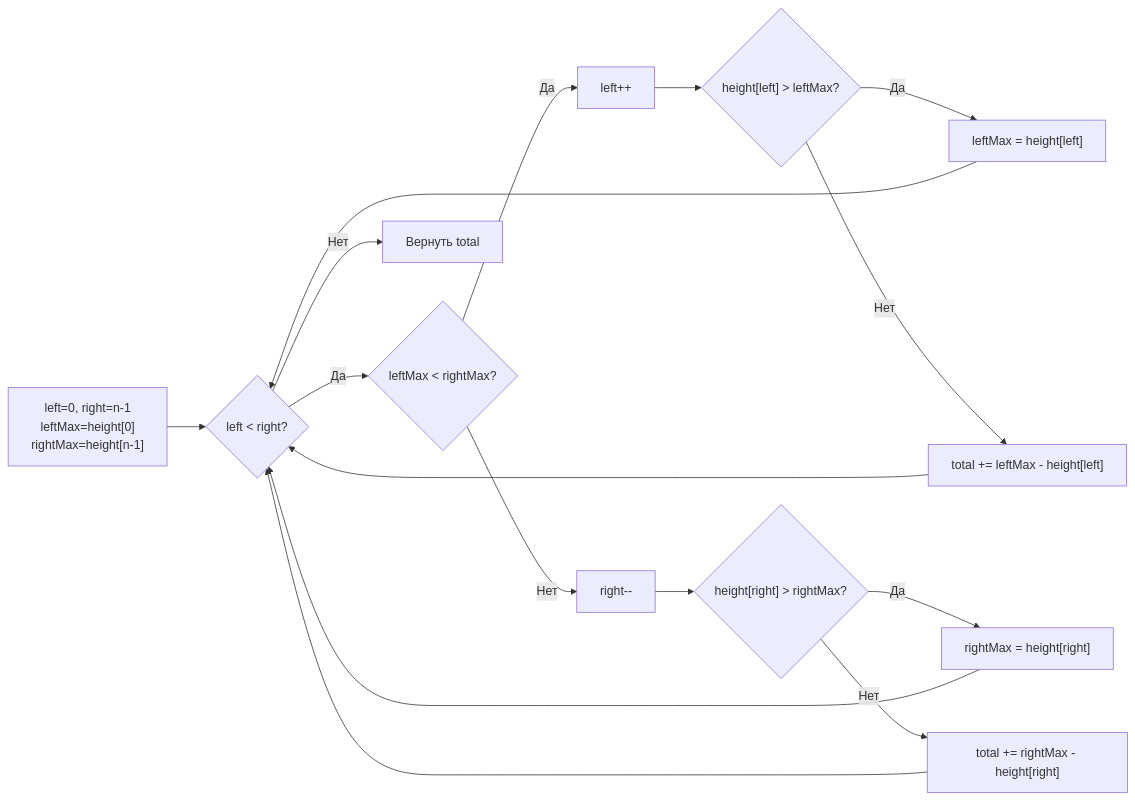
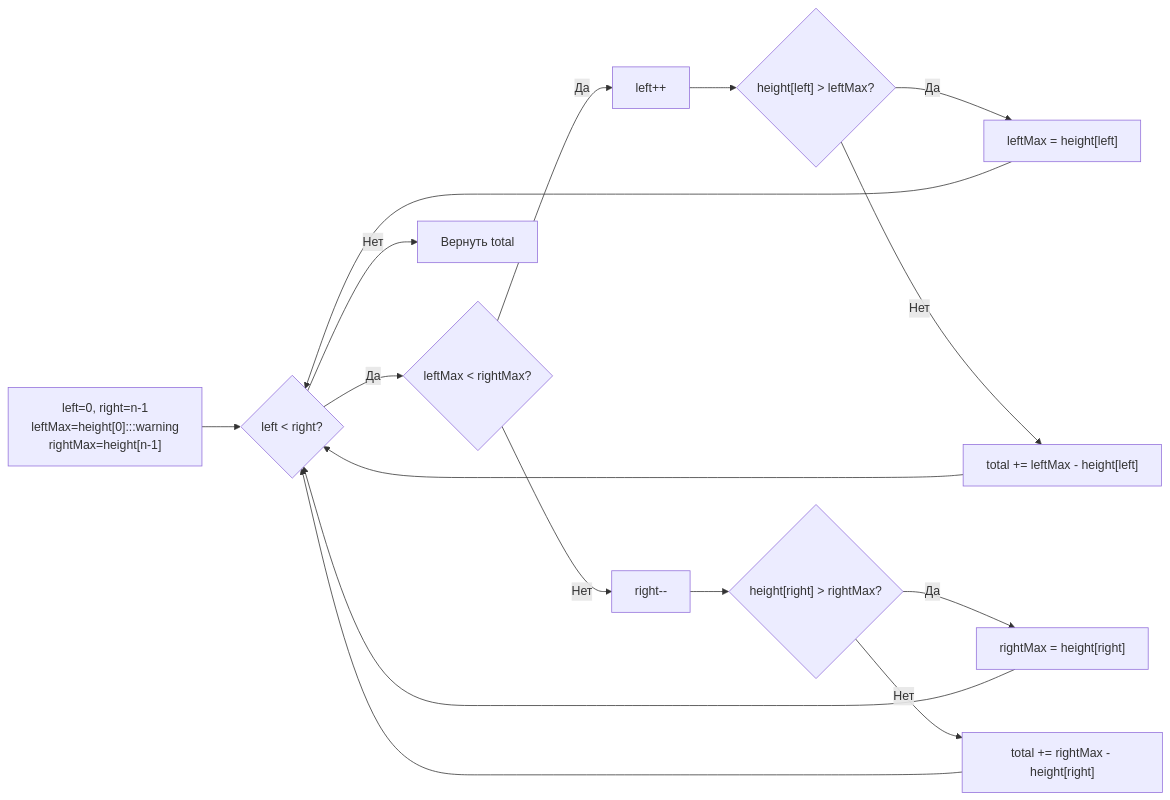
One commit to UnrealTemplier/go-textbook changed the diagram in sources/21. Задачи с LeetCode и собеседований на Go/02. Задачи/29. Сложные задачи/3. Trapping Rain Water.md. Above: the diagram before and after it, drawn with Mermaid. The commit also changed 1666 other files, not shown here.

First line of the commit message:
feat(mermaid): add semantic color classDef to 1369 colorless flowchart/graph diagrams

````diff
--- a/sources/21. Задачи с LeetCode и собеседований на Go/02. Задачи/29. Сложные задачи/3. Trapping Rain Water.md
+++ b/sources/21. Задачи с LeetCode и собеседований на Go/02. Задачи/29. Сложные задачи/3. Trapping Rain Water.md
@@ -126,18 +126,28 @@
 ```mermaid
 flowchart LR
-    A["left=0, right=n-1<br>leftMax=height[0]<br>rightMax=height[n-1]"] --> B{"left < right?"}
+    classDef process  fill:#1e293b,stroke:#38bdf8,stroke-width:1px,color:#f8fafc
+    classDef success  fill:#064e3b,stroke:#34d399,stroke-width:1px,color:#f8fafc
+    classDef error    fill:#7f1d1d,stroke:#f87171,stroke-width:1px,color:#f8fafc
+    classDef warning  fill:#78350f,stroke:#fbbf24,stroke-width:1px,color:#f8fafc
+    classDef entry    fill:#1e3a5f,stroke:#38bdf8,stroke-width:2px,color:#f8fafc
+    classDef aux      fill:#334155,stroke:#64748b,stroke-width:1px,color:#f8fafc
+    classDef system   fill:#312e81,stroke:#a78bfa,stroke-width:1px,color:#f8fafc
+    classDef data     fill:#132d29,stroke:#2dd4bf,stroke-width:1px,color:#f8fafc
+    classDef network  fill:#881337,stroke:#fb7185,stroke-width:1px,color:#f8fafc
+    classDef accent   fill:#1e1b4b,stroke:#818cf8,stroke-width:1px,color:#f8fafc
+    A["left=0, right=n-1<br>leftMax=height[0]:::warning<br>rightMax=height[n-1]"] --> B{"left < right?"}
     B -->|"Да"| C{"leftMax < rightMax?"}
     C -->|"Да"| D["left++"]
     D --> E{"height[left] > leftMax?"}
     E -->|"Да"| F["leftMax = height[left]"]
     E -->|"Нет"| G["total += leftMax - height[left]"]
     C -->|"Нет"| H["right--"]
     H --> I{"height[right] > rightMax?"}
     I -->|"Да"| J["rightMax = height[right]"]
     I -->|"Нет"| K["total += rightMax - height[right]"]
     F --> B
     G --> B
     J --> B
     K --> B
     B -->|"Нет"| L["Вернуть total"]
 ```
````
